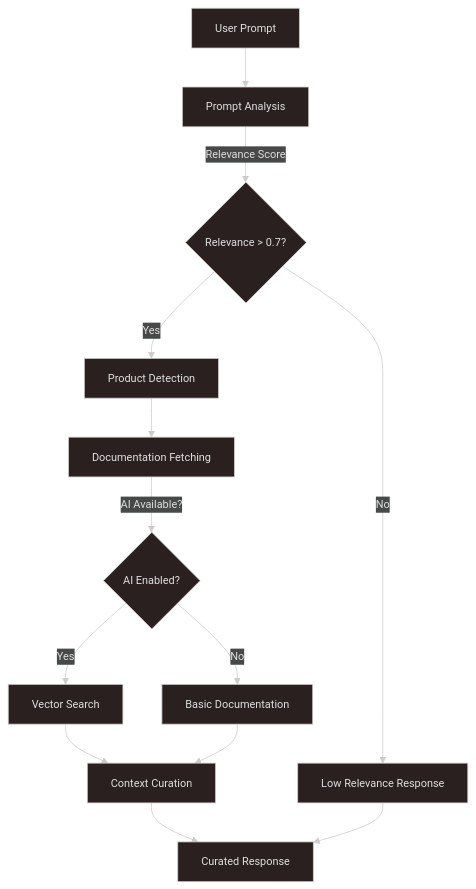
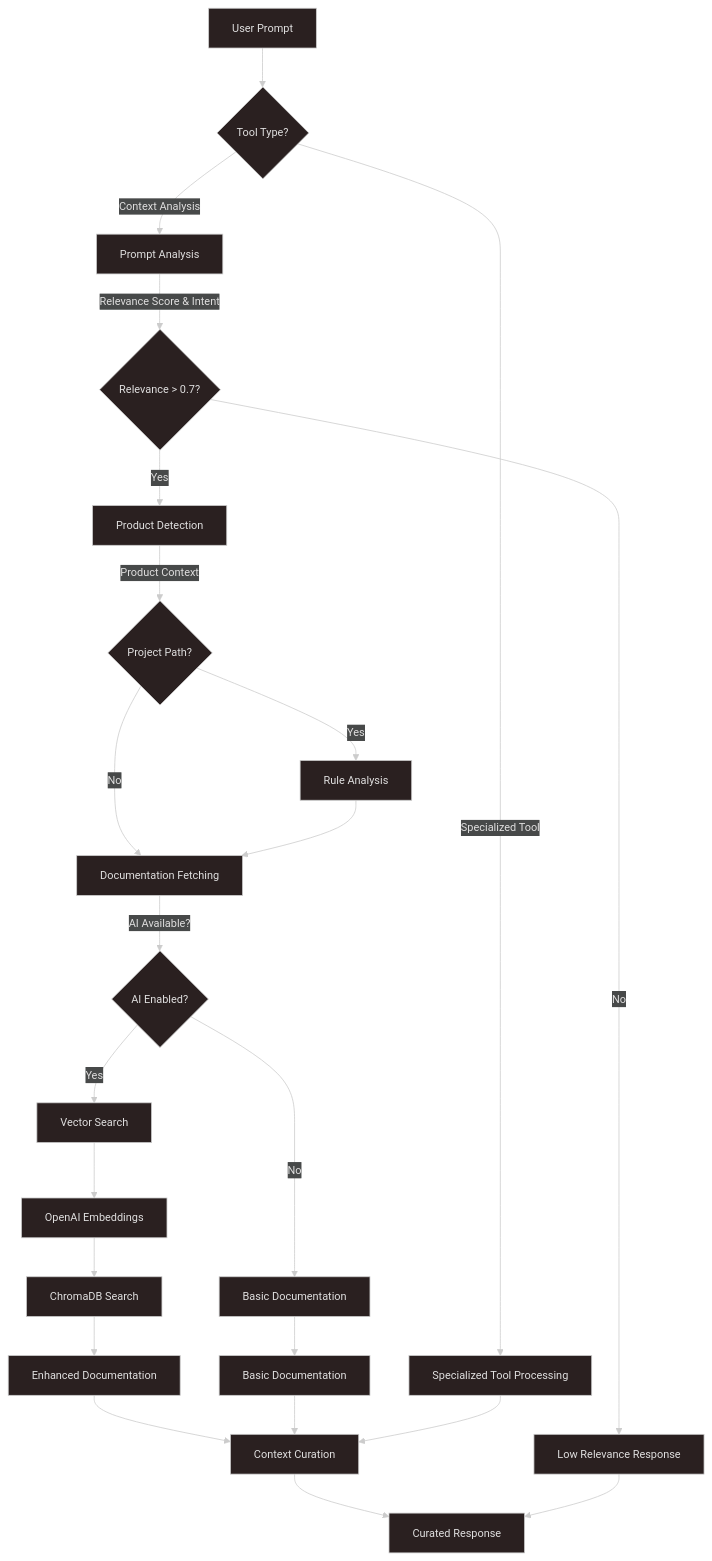
Before and after one commit to biswajitpanday/Optivise: the sixth of 6 diagrams in docs/Architecture_Diagrams.md, drawn with Mermaid. The commit also changed other lines of this file and 24 other files, not shown here.

````diff
--- a/docs/Architecture_Diagrams.md
+++ b/docs/Architecture_Diagrams.md
@@ -232,22 +288,38 @@
 ```mermaid
 ---
 config:
   theme: neo-dark
 ---
 graph TD
-    Input[User Prompt] --> PA[Prompt Analysis]
-    PA --> |Relevance Score| Relevance{Relevance > 0.7?}
+    Input[User Prompt] --> Tool{Tool Type?}
+    
+    Tool -->|Context Analysis| PA[Prompt Analysis]
+    Tool -->|Specialized Tool| ST[Specialized Tool Processing]
+    
+    PA --> |Relevance Score & Intent| Relevance{Relevance > 0.7?}
     
     Relevance -->|Yes| PD[Product Detection]
     Relevance -->|No| LR[Low Relevance Response]
     
-    PD --> DF[Documentation Fetching]
+    PD --> |Product Context| Rules{Project Path?}
+    Rules -->|Yes| RA[Rule Analysis]
+    Rules -->|No| DF[Documentation Fetching]
+    RA --> DF
+    
     DF --> |AI Available?| AI{AI Enabled?}
     
     AI -->|Yes| VS[Vector Search]
     AI -->|No| BD[Basic Documentation]
     
-    VS & BD --> CC[Context Curation]
+    VS --> OAI[OpenAI Embeddings]
+    OAI --> CDB[ChromaDB Search]
+    CDB --> EDF[Enhanced Documentation]
+    
+    BD --> DF2[Basic Documentation]
+    
+    EDF & DF2 --> CC[Context Curation]
+    ST --> CC
+    
     CC --> Response[Curated Response]
     LR --> Response
 ```
````
